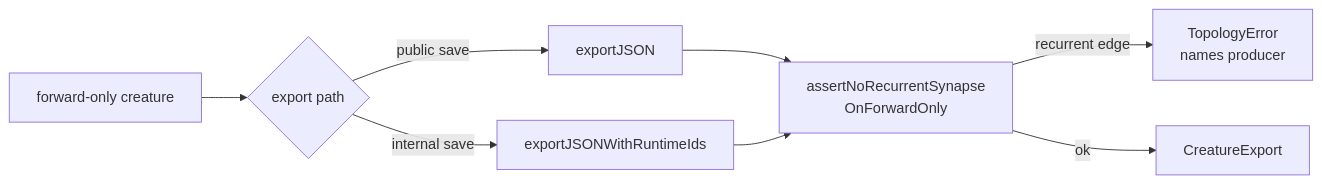
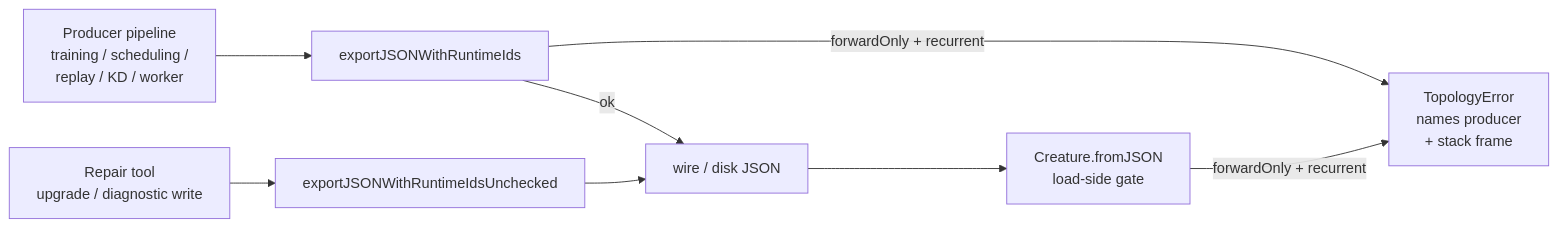
The diagram in docs/pr-summary-2546.md (stSoftwareAU/NEAT-AI), drawn with Mermaid before and after one commit. The commit also changed other lines of this file and 6 other files, not shown here.

First line of the commit message:
Wire writer-side forward-only assertion into exportJSONWithRuntimeIds (#2546)

````diff
--- a/docs/pr-summary-2546.md
+++ b/docs/pr-summary-2546.md
@@ -33,10 +42,12 @@
 ```mermaid
 flowchart LR
-    A[forward-only creature] --> B{export path}
-    B -->|public save| C[exportJSON]
-    B -->|internal save| D[exportJSONWithRuntimeIds]
-    C --> E[assertNoRecurrentSynapse<br/>OnForwardOnly]
-    D --> E
-    E -->|recurrent edge| F[TopologyError<br/>names producer]
-    E -->|ok| G[CreatureExport]
+    P[Producer pipeline<br/>training / scheduling /<br/>replay / KD / worker]
+    --> E[exportJSONWithRuntimeIds]
+    E -->|forwardOnly + recurrent| T[TopologyError<br/>names producer<br/>+ stack frame]
+    E -->|ok| W[wire / disk JSON]
+    R[Repair tool<br/>upgrade / diagnostic write]
+    --> U[exportJSONWithRuntimeIdsUnchecked]
+    U --> W
+    W --> L[Creature.fromJSON<br/>load-side gate]
+    L -->|forwardOnly + recurrent| T
 ```
````
